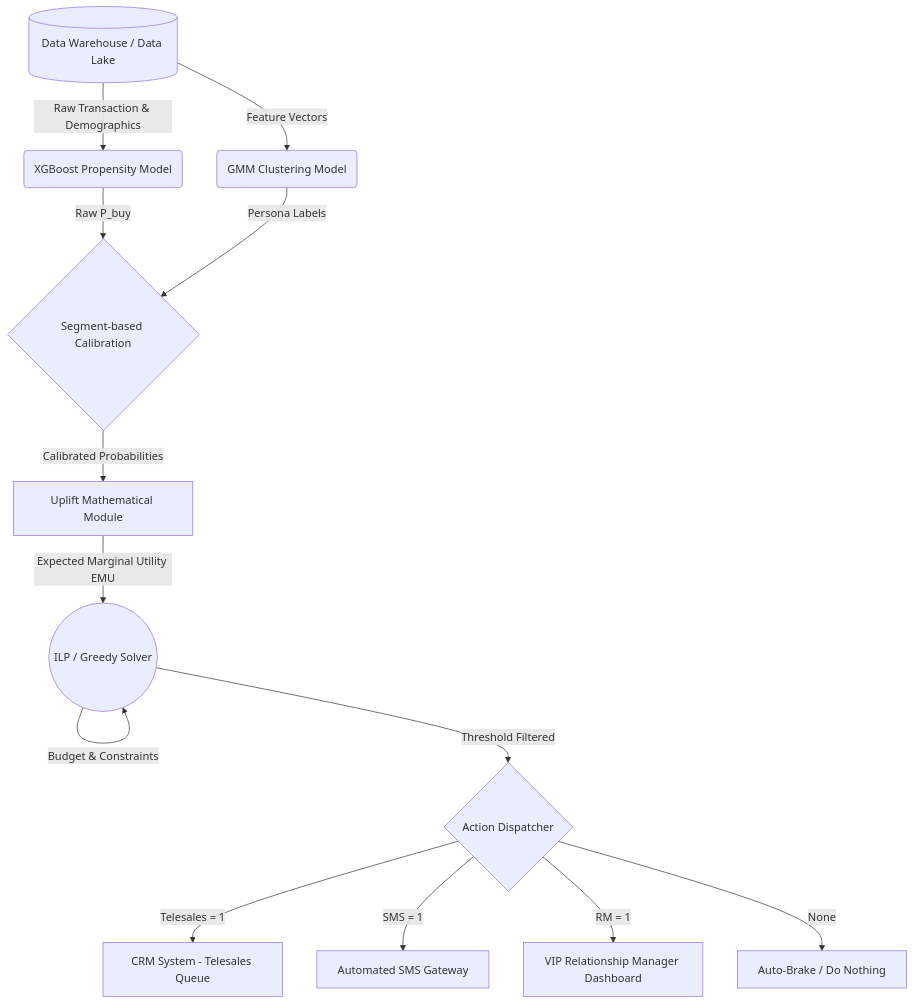
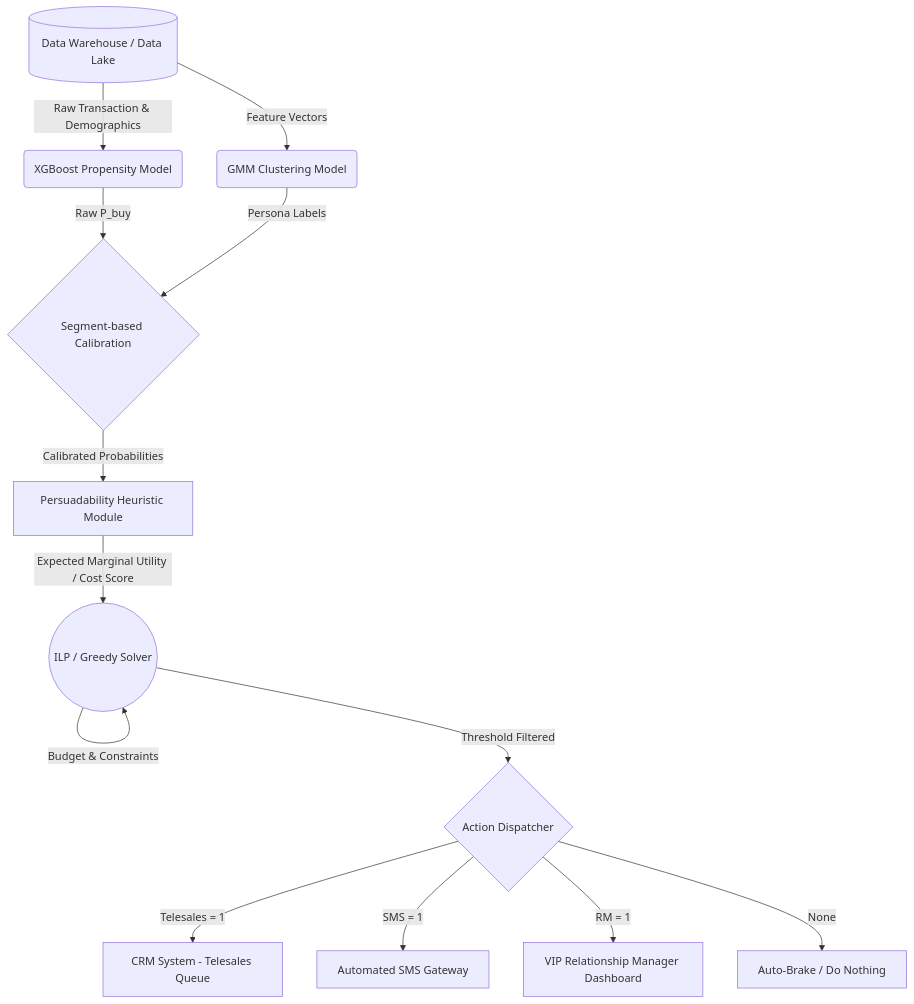
One commit to tranduclap1/gcon changed the diagram in Vòng 4 (Decision Engine)/Vong4_Decision_Engine_Report.md. Above: the diagram before and after it, drawn with Mermaid. The commit also changed other lines of this file and 7 other files, not shown here.

````diff
--- a/Vòng 4 (Decision Engine)/Vong4_Decision_Engine_Report.md
+++ b/Vòng 4 (Decision Engine)/Vong4_Decision_Engine_Report.md
@@ -10,20 +10,20 @@
 ```mermaid
 graph TD
     A[(Data Warehouse / Data Lake)] -->|Raw Transaction & Demographics| B(XGBoost Propensity Model)
     A -->|Feature Vectors| C(GMM Clustering Model)
     
     B -->|Raw P_buy| D{Segment-based Calibration}
     C -->|Persona Labels| D
     
-    D -->|Calibrated Probabilities| E[Uplift Mathematical Module]
-    E -->|Expected Marginal Utility EMU| F((ILP / Greedy Solver))
+    D -->|Calibrated Probabilities| E[Persuadability Heuristic Module]
+    E -->|Expected Marginal Utility / Cost Score| F((ILP / Greedy Solver))
     
     F -->|Budget & Constraints| F
     
     F -->|Threshold Filtered| G{Action Dispatcher}
     
     G -->|Telesales = 1| H[CRM System - Telesales Queue]
     G -->|SMS = 1| I[Automated SMS Gateway]
     G -->|RM = 1| J[VIP Relationship Manager Dashboard]
     G -->|None| K[Auto-Brake / Do Nothing]
 ```
````
